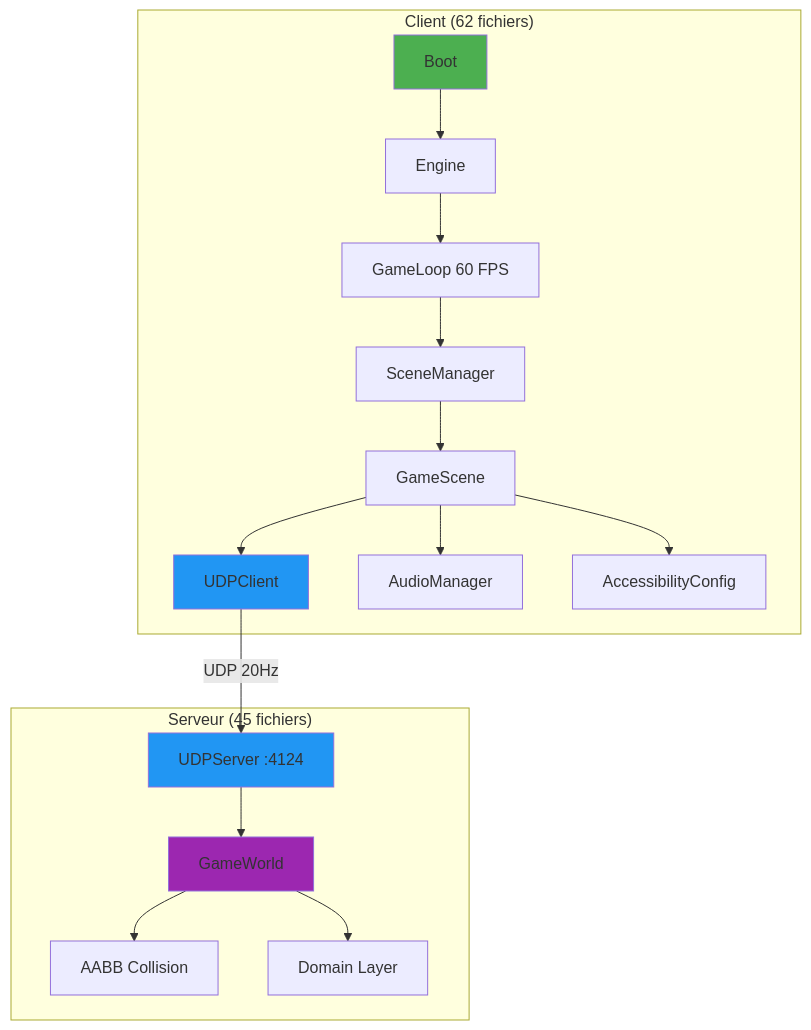
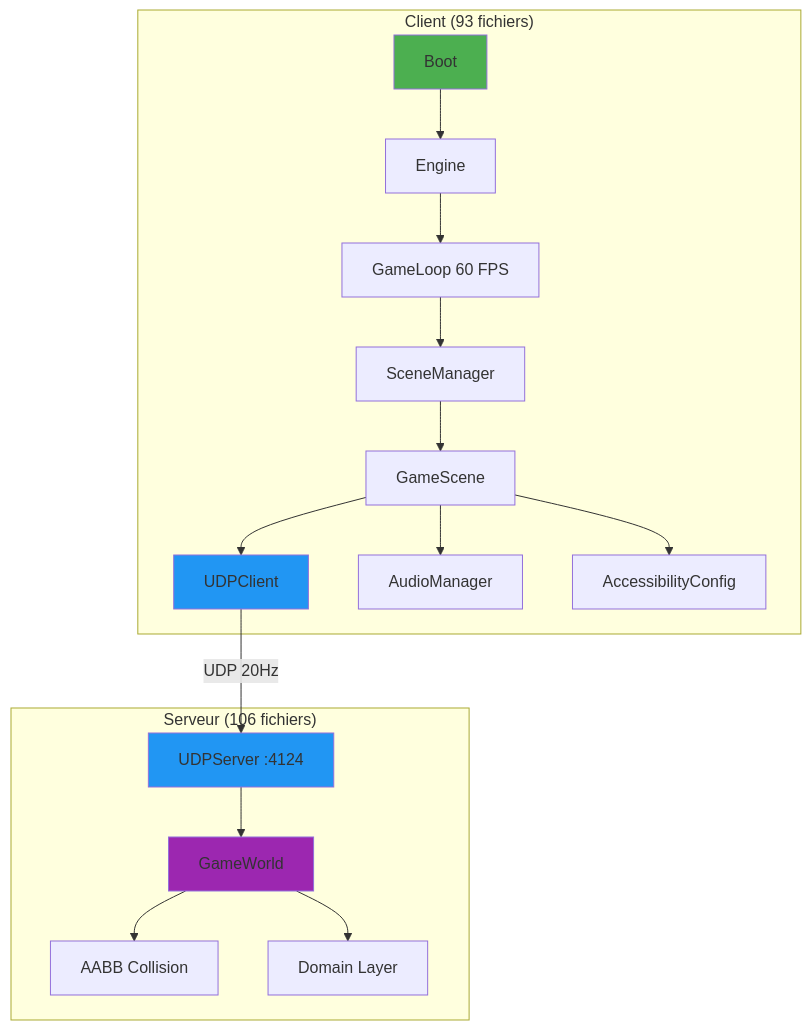
The first of 6 diagrams in docs/guides/architecture.md (ChrisG-L/rtype), drawn with Mermaid before and after one commit. The commit also changed other lines of this file and 38 other files, not shown here.

````diff
--- a/docs/guides/architecture.md
+++ b/docs/guides/architecture.md
@@ -57,26 +57,26 @@
 ```mermaid
 graph TB
-    subgraph "Client (62 fichiers)"
+    subgraph "Client (93 fichiers)"
         Boot[Boot] --> Engine
         Engine --> GameLoop[GameLoop 60 FPS]
         GameLoop --> SceneManager
         SceneManager --> GameScene
         GameScene --> UDPClient
         GameScene --> AudioManager
         GameScene --> AccessConfig[AccessibilityConfig]
     end
 
-    subgraph "Serveur (45 fichiers)"
+    subgraph "Serveur (106 fichiers)"
         UDPServer[UDPServer :4124]
         UDPServer --> GameWorld
         GameWorld --> Collision[AABB Collision]
         GameWorld --> Domain[Domain Layer]
     end
 
     UDPClient -->|UDP 20Hz| UDPServer
 
     style Boot fill:#4CAF50
     style UDPClient fill:#2196F3
     style UDPServer fill:#2196F3
     style GameWorld fill:#9C27B0
 ```
````
